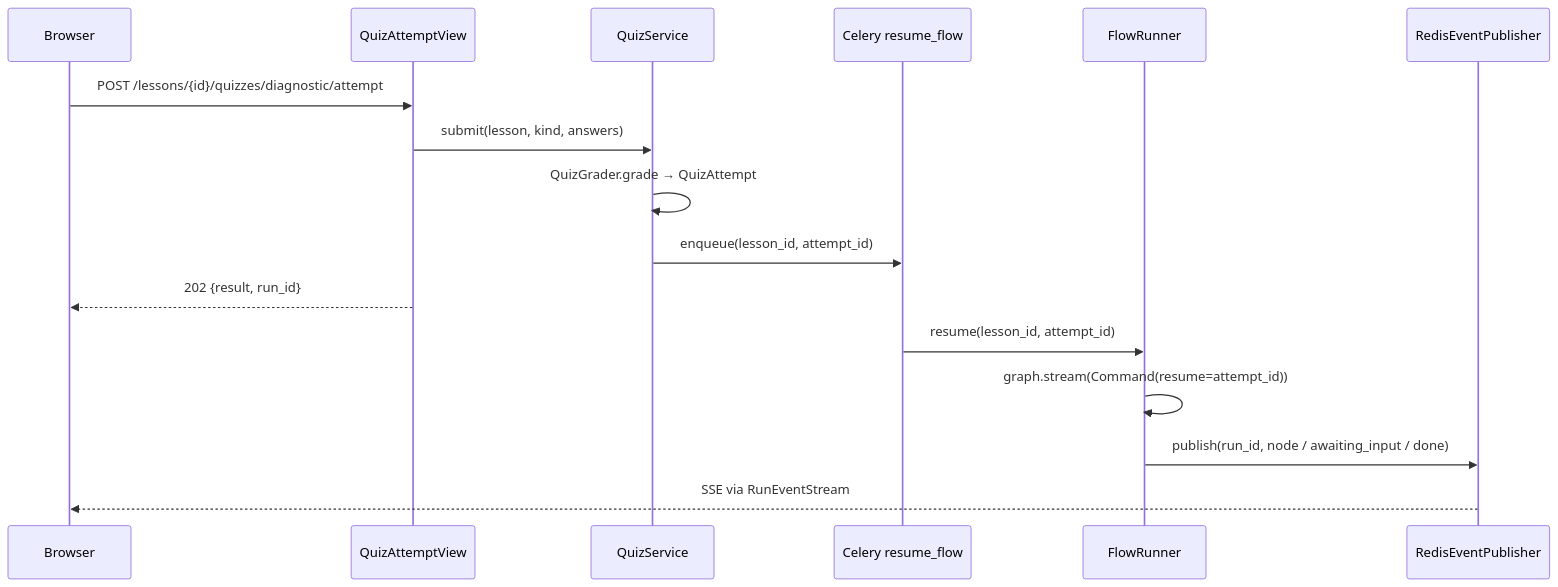
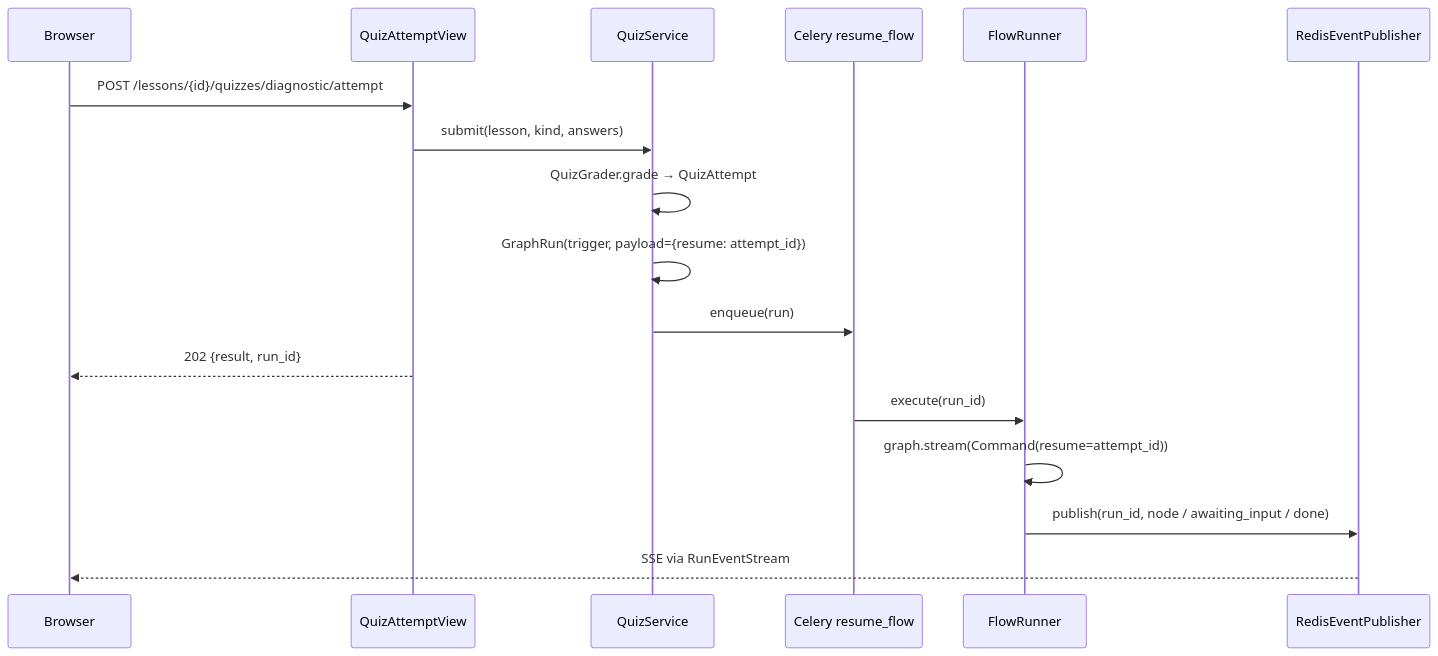
One commit to Satyamkumarjha4/Intelilearn changed diagram 13 of 14 in docs/design.md. Above: the diagram before and after it, drawn with Mermaid. The commit also changed other lines of this file and 7 other files, not shown here.

First line of the commit message:
docs: Phase 3 flow infrastructure and Stage A

````diff
--- a/docs/design.md
+++ b/docs/design.md
@@ -1043,18 +1055,19 @@
 ```mermaid
 sequenceDiagram
     participant B as Browser
     participant V as QuizAttemptView
     participant Q as QuizService
     participant C as Celery resume_flow
     participant R as FlowRunner
     participant P as RedisEventPublisher
     B->>V: POST /lessons/{id}/quizzes/diagnostic/attempt
     V->>Q: submit(lesson, kind, answers)
     Q->>Q: QuizGrader.grade → QuizAttempt
-    Q->>C: enqueue(lesson_id, attempt_id)
+    Q->>Q: GraphRun(trigger, payload={resume: attempt_id})
+    Q->>C: enqueue(run)
     V-->>B: 202 {result, run_id}
-    C->>R: resume(lesson_id, attempt_id)
+    C->>R: execute(run_id)
     R->>R: graph.stream(Command(resume=attempt_id))
     R->>P: publish(run_id, node / awaiting_input / done)
     P-->>B: SSE via RunEventStream
 ```
````
